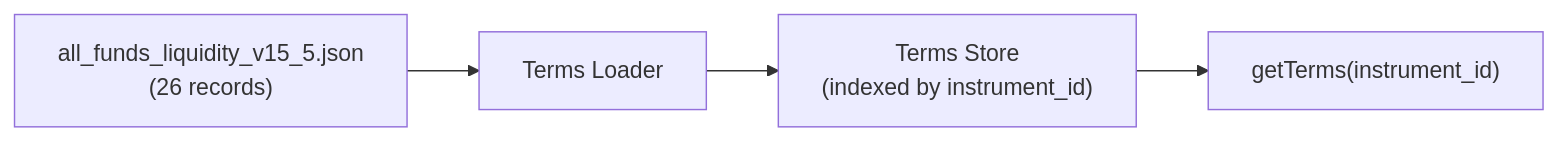
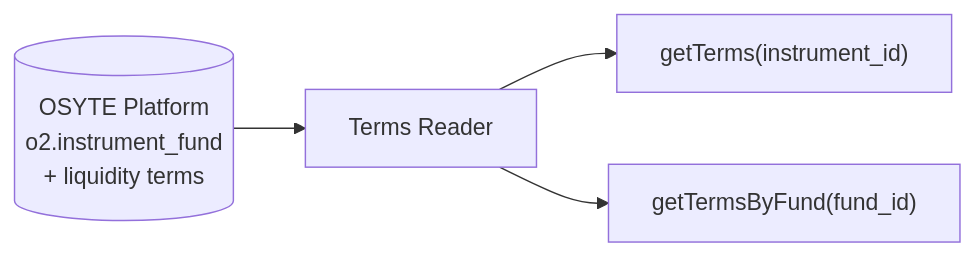
One commit to Ashu290905/OSYTE changed the third of 8 diagrams in lcs-main/docs/architecture.md. Above: the diagram before and after it, drawn with Mermaid. The commit also changed other lines of this file, not shown here.

First line of the commit message:
Refactor architecture: Holiday Resolver with caching, Compute Engine, Terms Reader

````diff
--- a/lcs-main/docs/architecture.md
+++ b/lcs-main/docs/architecture.md
@@ -188,6 +229,6 @@
 ```mermaid
 graph LR
-    JSON["all_funds_liquidity_v15_5.json<br/>(26 records)"] --> TL["Terms Loader"]
-    TL --> TS["Terms Store<br/>(indexed by instrument_id)"]
-    TS --> Q["getTerms(instrument_id)"]
+    OSYTE[("OSYTE Platform<br/>o2.instrument_fund<br/>+ liquidity terms")] --> TR["Terms Reader"]
+    TR --> Q["getTerms(instrument_id)"]
+    TR --> QF["getTermsByFund(fund_id)"]
 ```
````
